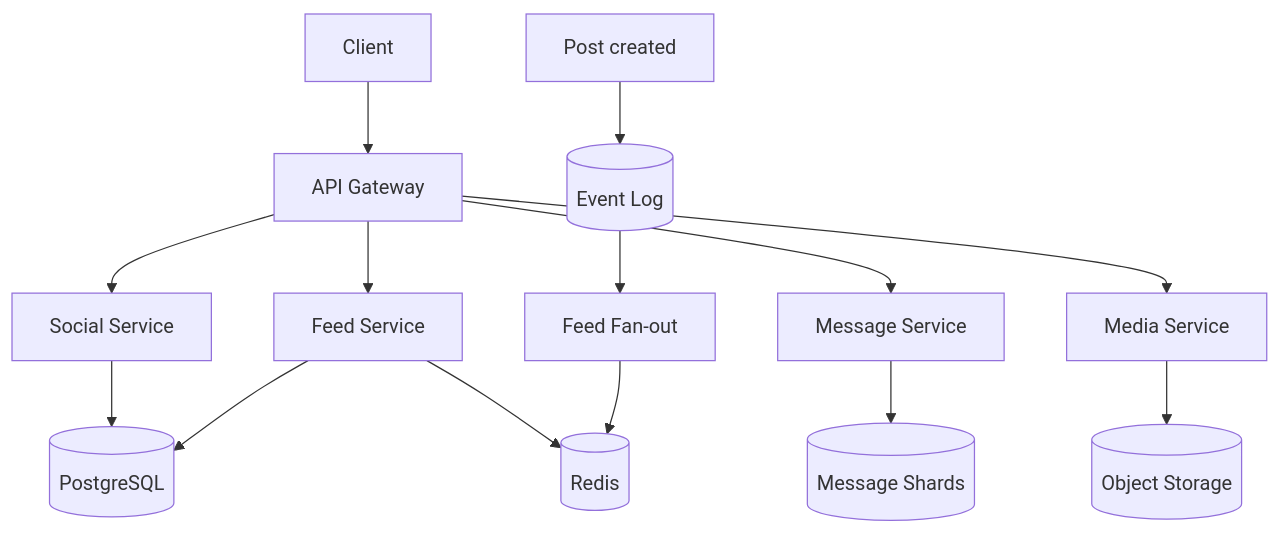
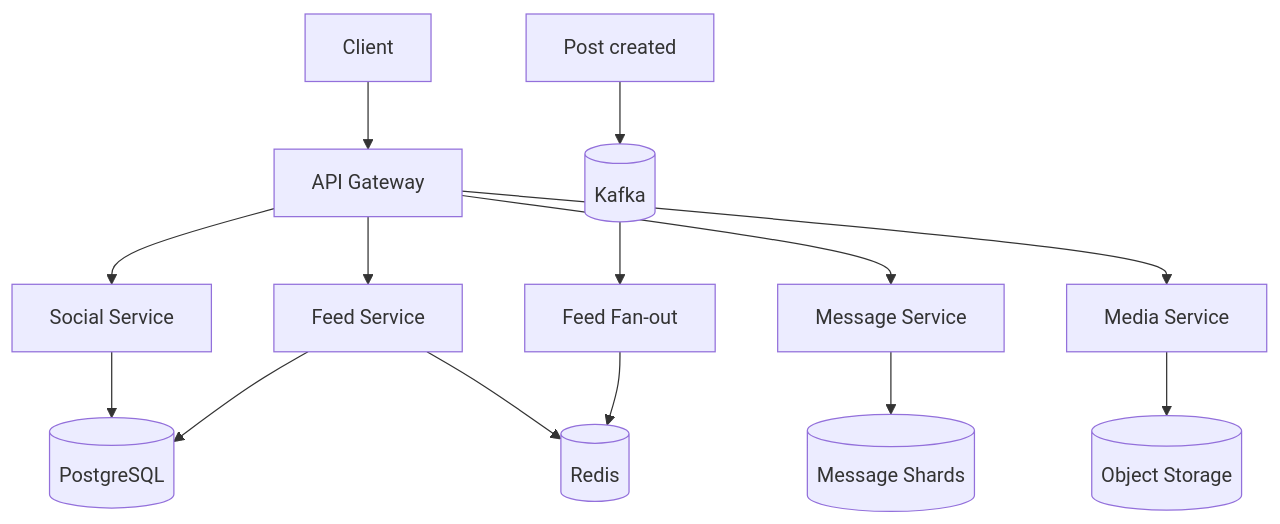
One commit to Mr-Radion/system-design-interview changed the first of 2 diagrams in examples/vk-social.md. Above: the diagram before and after it, drawn with Mermaid. The commit also changed other lines of this file and 60 other files, not shown here.

````diff
--- a/examples/vk-social.md
+++ b/examples/vk-social.md
@@ -315,18 +113,18 @@
 ```mermaid
 flowchart TB
     Client --> GW["API Gateway"]
     GW --> Social[Social Service]
     GW --> Feed[Feed Service]
     GW --> Msg[Message Service]
     GW --> Media[Media Service]
 
     Social --> PG[("PostgreSQL")]
     Feed --> Cache[("Redis")]
     Feed --> PG
     Msg --> MsgStore[("Message Shards")]
     Media --> ObjStore[("Object Storage")]
 
-    PostEvent[Post created] --> Broker[("Event Log")]
+    PostEvent[Post created] --> Broker[("Kafka")]
     Broker --> FeedWorker[Feed Fan-out]
     FeedWorker --> Cache
 ```
````
